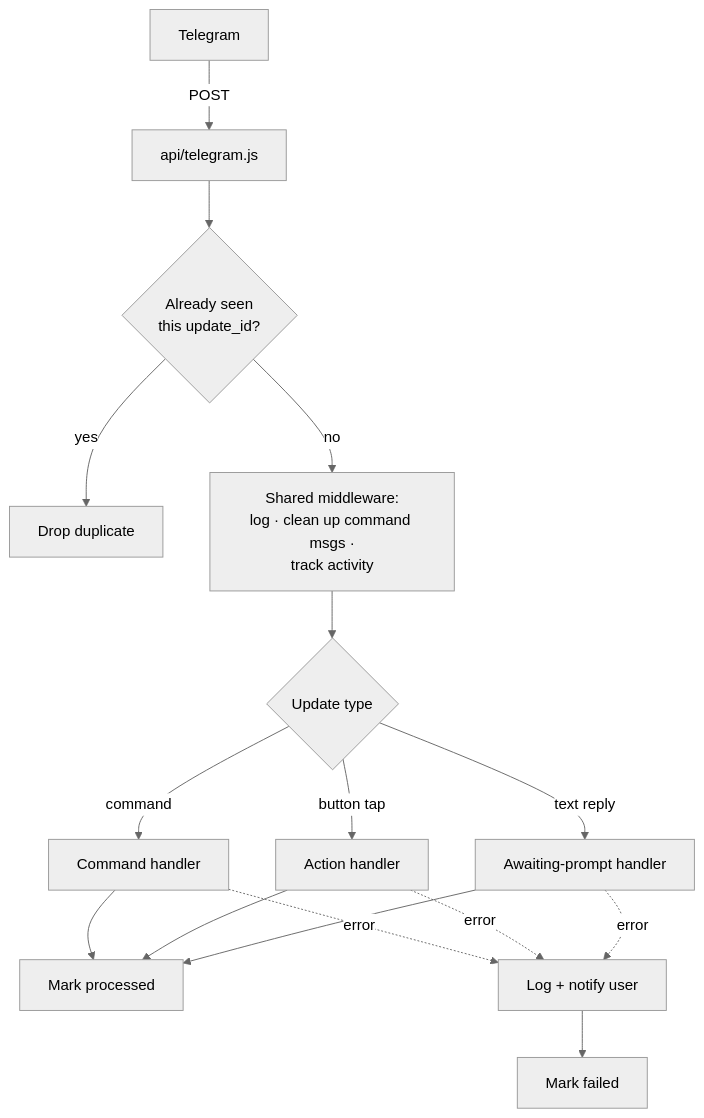
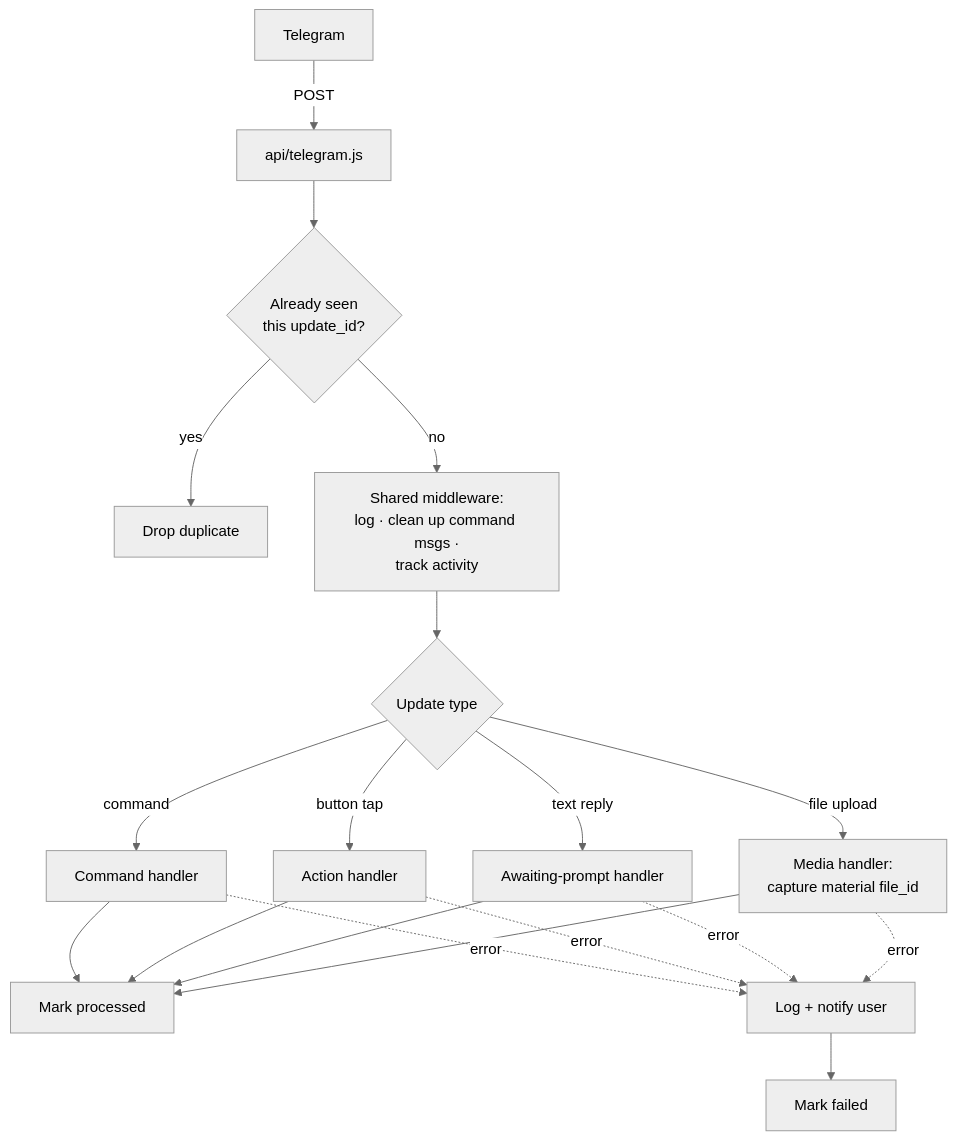
One commit to neveenatik/telegram-bot-deen_circles_attendance_bot changed the fourth of 12 diagrams in docs/bot-flows.md. Above: the diagram before and after it, drawn with Mermaid (neutral theme). The commit also changed other lines of this file and 12 other files, not shown here.

````diff
--- a/docs/bot-flows.md
+++ b/docs/bot-flows.md
@@ -219,13 +220,14 @@
 ```mermaid
 flowchart TD
     TG[Telegram] -->|POST| WH[api/telegram.js]
     WH --> DUP{Already seen<br/>this update_id?}
     DUP -->|yes| DROP[Drop duplicate]
     DUP -->|no| MW[Shared middleware:<br/>log · clean up command msgs ·<br/>track activity]
     MW --> ROUTE{Update type}
     ROUTE -->|command| CMD[Command handler]
     ROUTE -->|button tap| ACT[Action handler]
     ROUTE -->|text reply| TXT[Awaiting-prompt handler]
-    CMD & ACT & TXT --> DONE[Mark processed]
-    CMD & ACT & TXT -. error .-> CATCH[Log + notify user] --> FAIL[Mark failed]
+    ROUTE -->|file upload| MED[Media handler:<br/>capture material file_id]
+    CMD & ACT & TXT & MED --> DONE[Mark processed]
+    CMD & ACT & TXT & MED -. error .-> CATCH[Log + notify user] --> FAIL[Mark failed]
 ```
````
